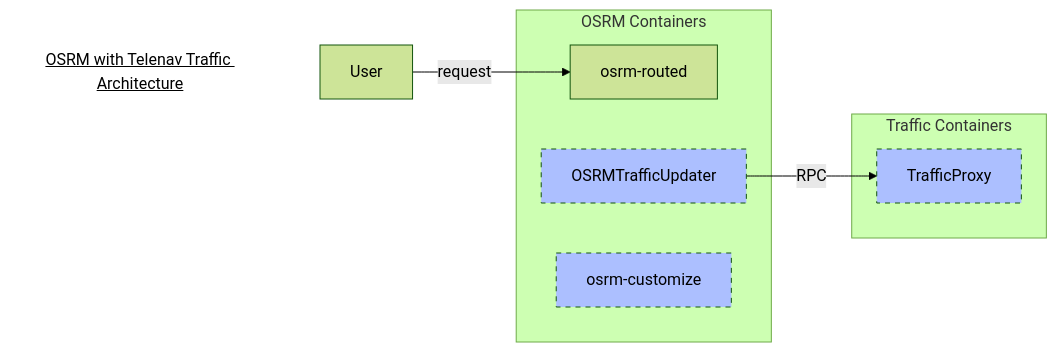
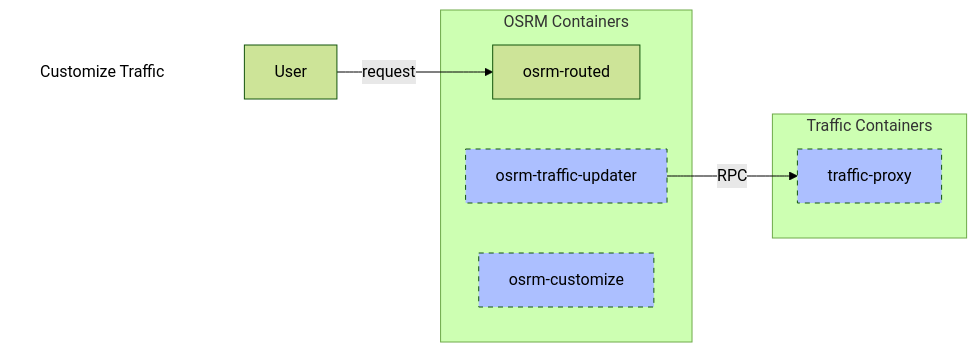
The diagram in docs/design/graph/osrm-with-telenav-traffic-architecture.mmd (Telenav/osrm-backend), drawn with Mermaid (forest theme) before and after one commit. The commit also changed 4 other files, not shown here.

Commit message:
doc: osrm with traffic design, add alternative ranking

```diff
--- a/docs/design/graph/osrm-with-telenav-traffic-architecture.mmd
+++ b/docs/design/graph/osrm-with-telenav-traffic-architecture.mmd
@@ -1,30 +1,30 @@
 %% Call below command to convert .mmd to .png
 %%  Adjust -w or -H if necessary
 %% mmdc -p puppeteer-config.json -i osrm-with-telenav-traffic-architecture.mmd -o osrm-with-telenav-traffic-architecture.mmd.png
 
 graph LR
 
-Title[<u>OSRM with Telenav Traffic Architecture</u>]
+Title[Customize Traffic]
 Title-->User
 style Title fill:#FFF,stroke:#FFF
 linkStyle 0 stroke:#FFF,stroke-width:0;
 
 User["User"] -- request --> OSRM_ROUTED["osrm-routed"]
 
 subgraph OSRM Containers
-OSRM_Traffic_Updater["OSRMTrafficUpdater"] 
+OSRM_Traffic_Updater["osrm-traffic-updater"] 
 OSRM_Customize["osrm-customize"]
 OSRM_ROUTED
 
 style OSRM_Traffic_Updater fill:#acbfff,stroke-dasharray: 5, 5
 style OSRM_Customize fill:#acbfff,stroke-dasharray: 5, 5
 
 end
 
 
 
-OSRM_Traffic_Updater -- RPC --> TrafficProxy["TrafficProxy"]
+OSRM_Traffic_Updater -- RPC --> TrafficProxy["traffic-proxy"]
 subgraph Traffic Containers
 TrafficProxy
 style TrafficProxy fill:#acbfff,stroke-dasharray: 5, 5
 end
```
